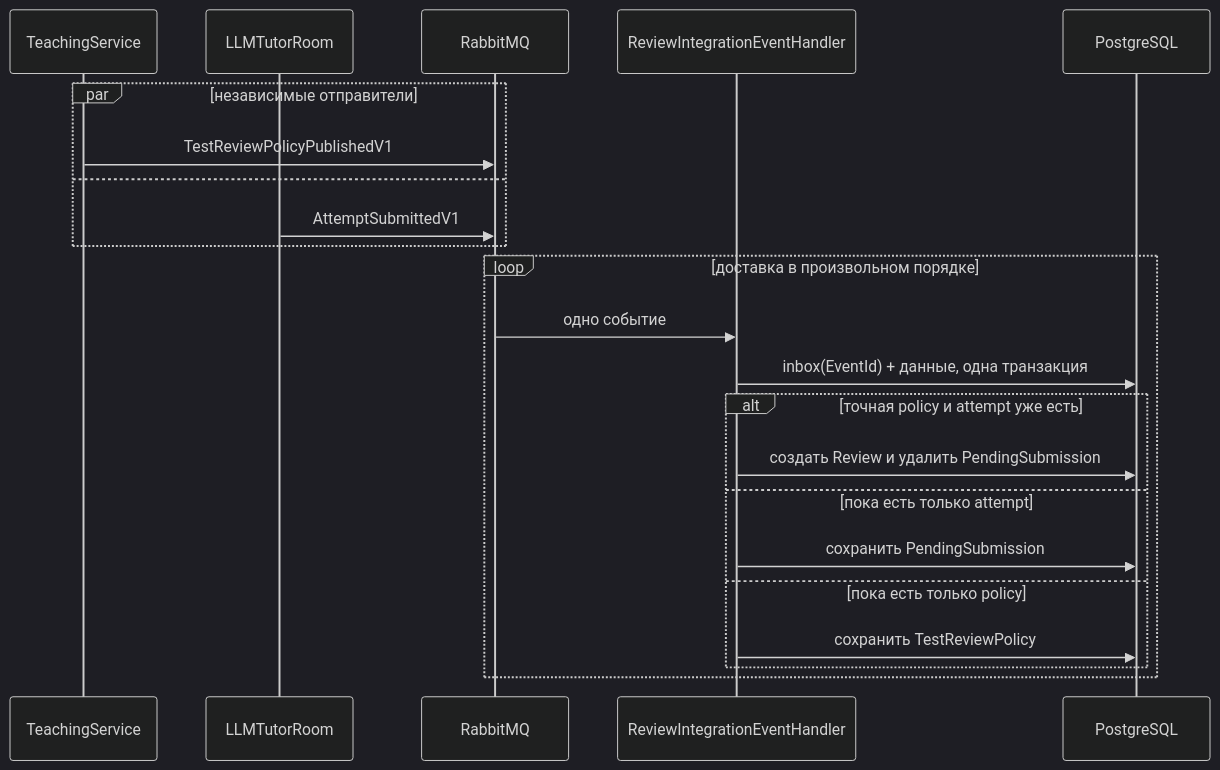
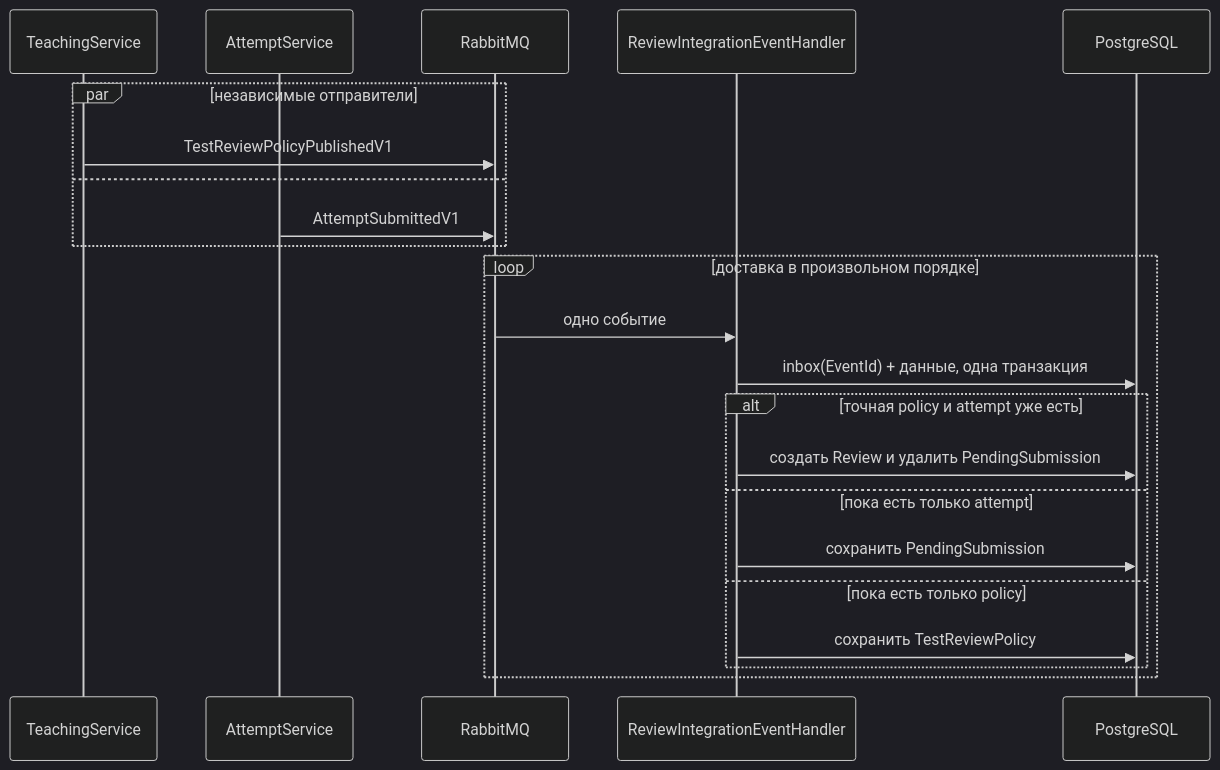
The second of 3 diagrams in docs/review-service.md (KomaMix/LLMTutorRoom), drawn with Mermaid (dark theme) before and after one commit. The commit also changed other lines of this file and 110 other files, not shown here.

Commit message:
feat(attempt): extract attempt lifecycle into standalone service

````diff
--- a/docs/review-service.md
+++ b/docs/review-service.md
@@ -50,25 +53,25 @@
 ```mermaid
 sequenceDiagram
     participant T as TeachingService
-    participant R as LLMTutorRoom
+    participant A as AttemptService
     participant Q as RabbitMQ
     participant H as ReviewIntegrationEventHandler
     participant D as PostgreSQL
 
     par независимые отправители
         T->>Q: TestReviewPolicyPublishedV1
     and
-        R->>Q: AttemptSubmittedV1
+        A->>Q: AttemptSubmittedV1
     end
     loop доставка в произвольном порядке
         Q->>H: одно событие
         H->>D: inbox(EventId) + данные, одна транзакция
         alt точная policy и attempt уже есть
             H->>D: создать Review и удалить PendingSubmission
         else пока есть только attempt
             H->>D: сохранить PendingSubmission
         else пока есть только policy
             H->>D: сохранить TestReviewPolicy
         end
     end
 ```
````
